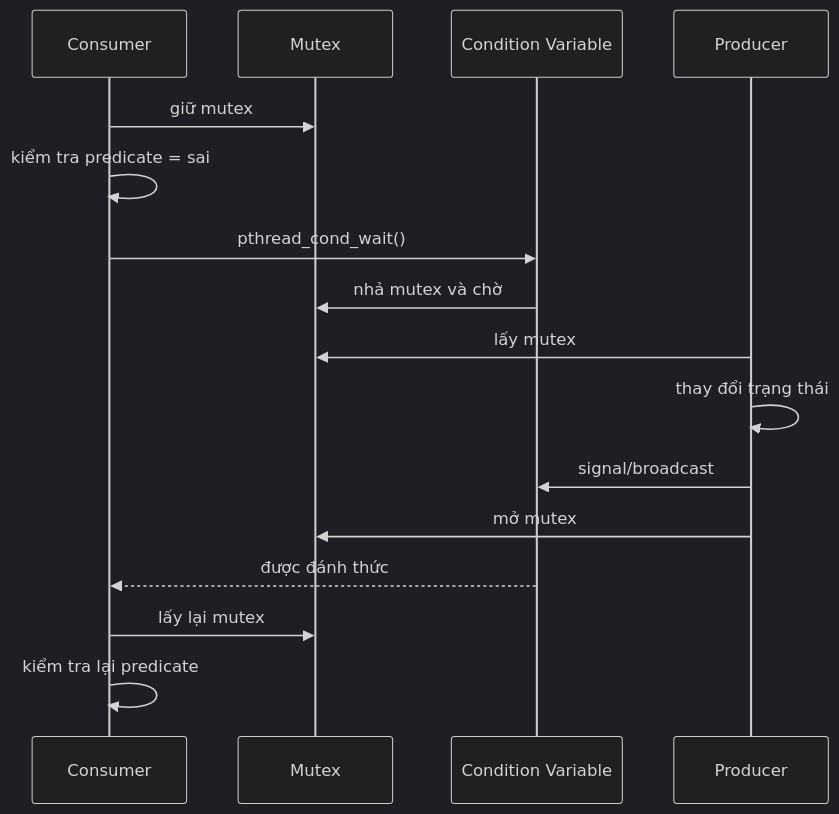
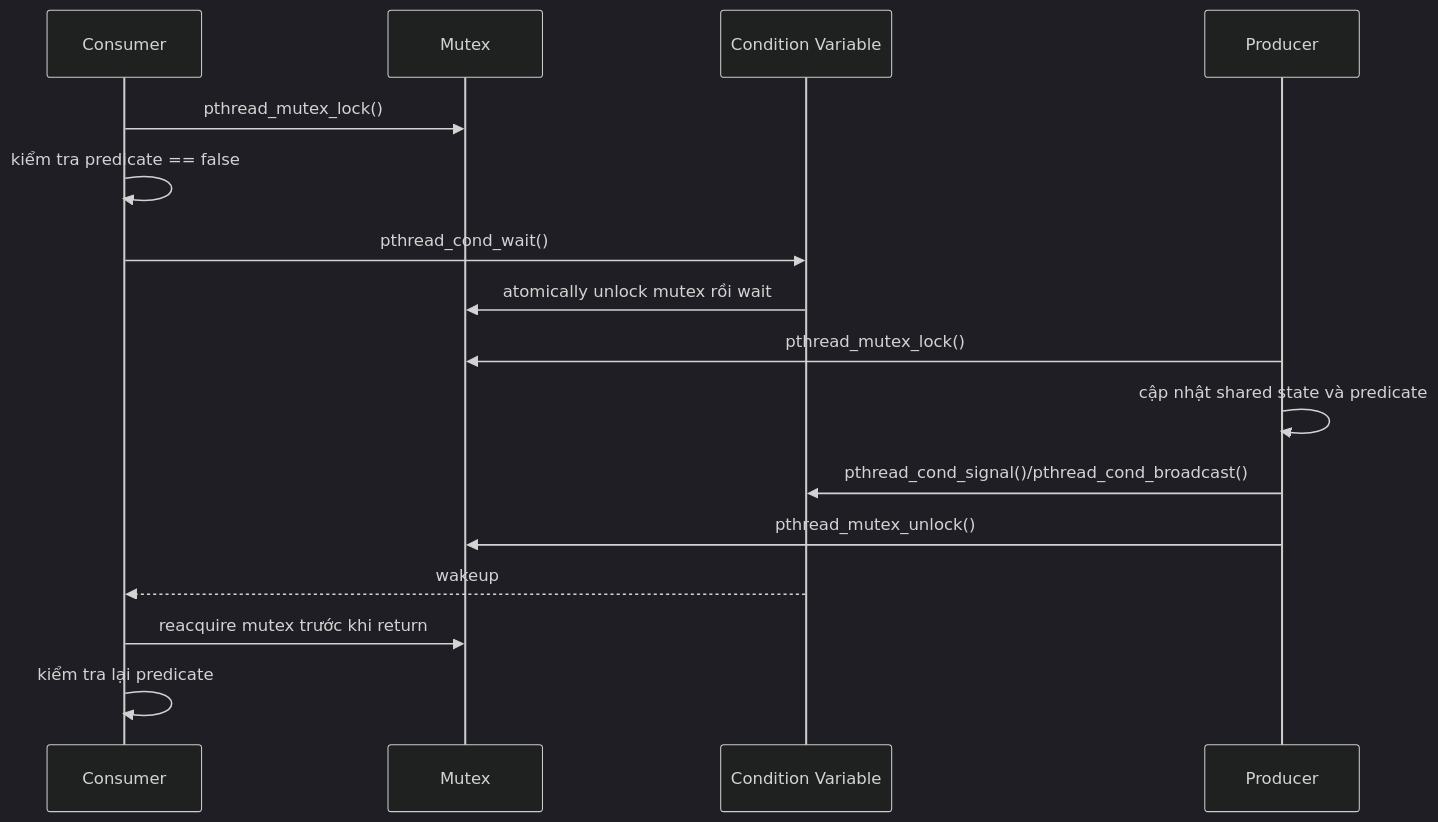
The second of 3 diagrams in phase-01/README-topic-07.md (hai-kevins/embedded-linux), drawn with Mermaid (dark theme) before and after one commit. The commit also changed other lines of this file and 8 other files, not shown here.

````diff
--- a/phase-01/README-topic-07.md
+++ b/phase-01/README-topic-07.md
@@ -554,19 +557,19 @@
 ```mermaid
 sequenceDiagram
     participant C as Consumer
     participant M as Mutex
     participant V as Condition Variable
     participant P as Producer
 
-    C->>M: giữ mutex
-    C->>C: kiểm tra predicate = sai
+    C->>M: pthread_mutex_lock()
+    C->>C: kiểm tra predicate == false
     C->>V: pthread_cond_wait()
-    V->>M: nhả mutex và chờ
-    P->>M: lấy mutex
-    P->>P: thay đổi trạng thái
-    P->>V: signal/broadcast
-    P->>M: mở mutex
-    V-->>C: được đánh thức
-    C->>M: lấy lại mutex
+    V->>M: atomically unlock mutex rồi wait
+    P->>M: pthread_mutex_lock()
+    P->>P: cập nhật shared state và predicate
+    P->>V: pthread_cond_signal()/pthread_cond_broadcast()
+    P->>M: pthread_mutex_unlock()
+    V-->>C: wakeup
+    C->>M: reacquire mutex trước khi return
     C->>C: kiểm tra lại predicate
 ```
````
